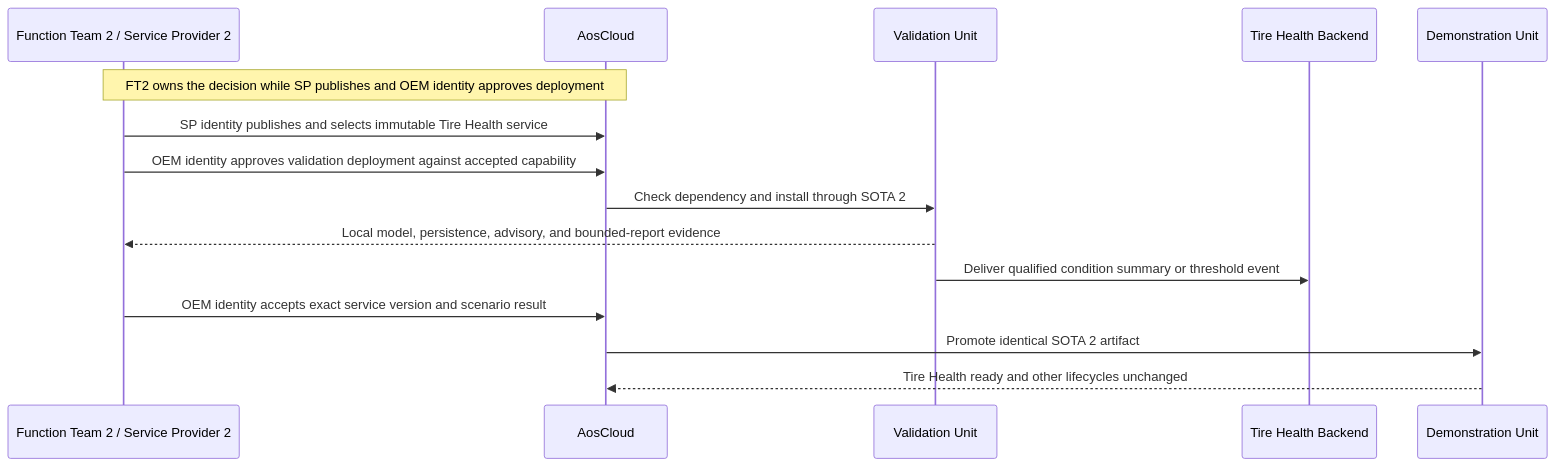
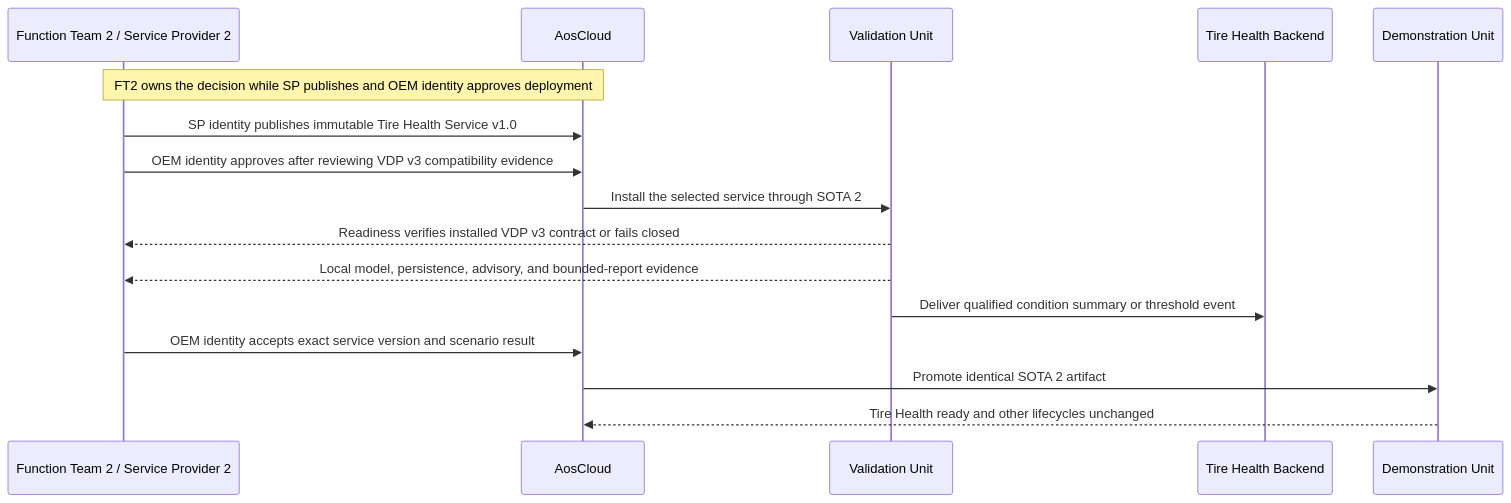
One commit to alexmaninblack/aosedge-sdv-demo changed diagram 16 of 20 in docs/architecture/demo-scenario-architecture-flows.md. Above: the diagram before and after it, drawn with Mermaid. The commit also changed other lines of this file and 8 other files, not shown here.

Commit message:
docs: accept Tire Health service requirements

````diff
--- a/docs/architecture/demo-scenario-architecture-flows.md
+++ b/docs/architecture/demo-scenario-architecture-flows.md
@@ -887,18 +889,19 @@
 ```mermaid
 sequenceDiagram
     participant FT2 as Function Team 2 / Service Provider 2
     participant AC as AosCloud
     participant VU as Validation Unit
     participant TB as Tire Health Backend
     participant DU as Demonstration Unit
 
     Note over FT2,AC: FT2 owns the decision while SP publishes and OEM identity approves deployment
-    FT2->>AC: SP identity publishes and selects immutable Tire Health service
-    FT2->>AC: OEM identity approves validation deployment against accepted capability
-    AC->>VU: Check dependency and install through SOTA 2
+    FT2->>AC: SP identity publishes immutable Tire Health Service v1.0
+    FT2->>AC: OEM identity approves after reviewing VDP v3 compatibility evidence
+    AC->>VU: Install the selected service through SOTA 2
+    VU-->>FT2: Readiness verifies installed VDP v3 contract or fails closed
     VU-->>FT2: Local model, persistence, advisory, and bounded-report evidence
     VU->>TB: Deliver qualified condition summary or threshold event
     FT2->>AC: OEM identity accepts exact service version and scenario result
     AC->>DU: Promote identical SOTA 2 artifact
     DU-->>AC: Tire Health ready and other lifecycles unchanged
 ```
````
